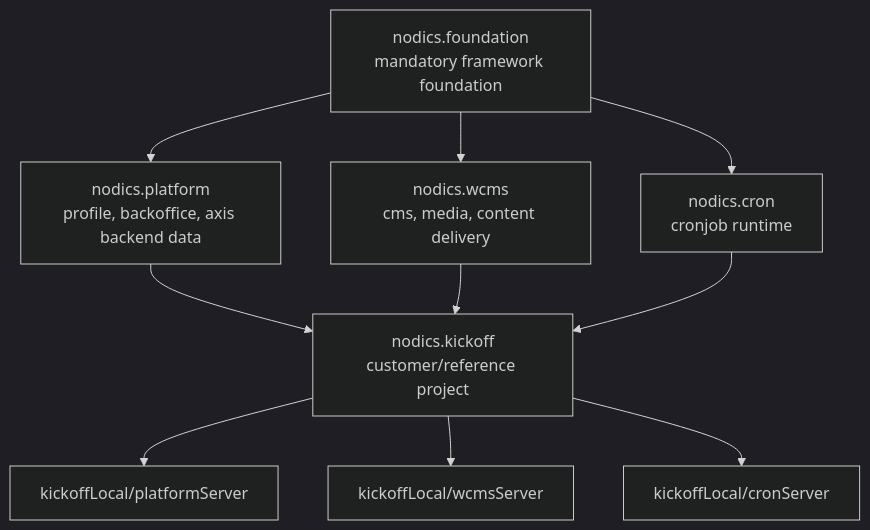
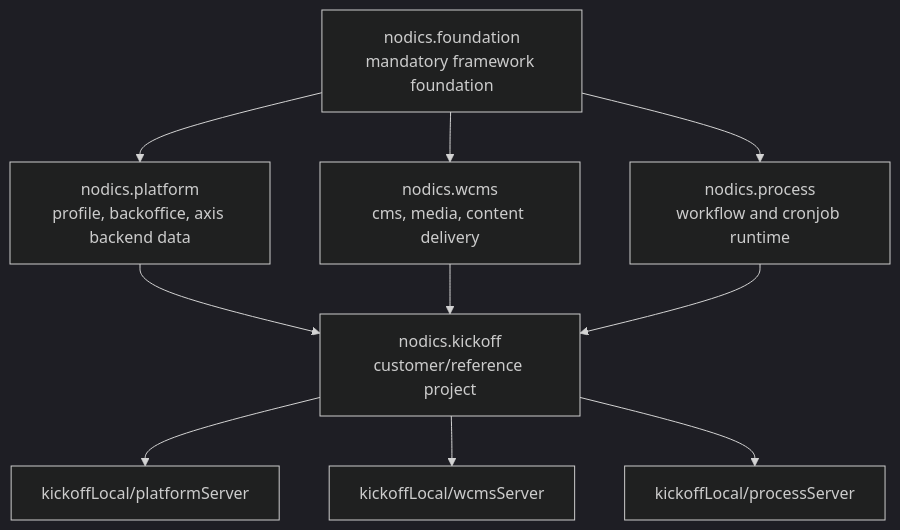
Before and after one commit to Nodics/nodics.ai: the first of 2 diagrams in nodics.docs/docs/pages/framework/modular-architecture.md, drawn with Mermaid (dark theme). The commit also changed other lines of this file and 43 other files, not shown here.

````diff
--- a/nodics.docs/docs/pages/framework/modular-architecture.md
+++ b/nodics.docs/docs/pages/framework/modular-architecture.md
@@ -86,21 +86,21 @@
 ```mermaid
 flowchart TD
   Core["nodics.foundation<br/>mandatory framework foundation"]
   Platform["nodics.platform<br/>profile, backoffice, axis backend data"]
   WCMS["nodics.wcms<br/>cms, media, content delivery"]
-  Cron["nodics.cron<br/>cronjob runtime"]
+  Process["nodics.process<br/>workflow and cronjob runtime"]
   Kickoff["nodics.kickoff<br/>customer/reference project"]
   PlatformServer["kickoffLocal/platformServer"]
   WcmsServer["kickoffLocal/wcmsServer"]
-  CronServer["kickoffLocal/cronServer"]
+  ProcessServer["kickoffLocal/processServer"]
 
   Core --> Platform
   Core --> WCMS
-  Core --> Cron
+  Core --> Process
   Platform --> Kickoff
   WCMS --> Kickoff
-  Cron --> Kickoff
+  Process --> Kickoff
   Kickoff --> PlatformServer
   Kickoff --> WcmsServer
-  Kickoff --> CronServer
+  Kickoff --> ProcessServer
 ```
````
